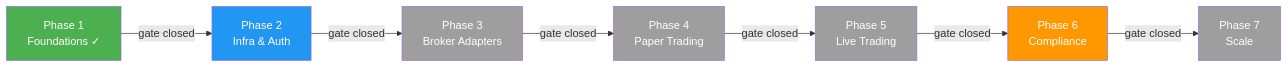
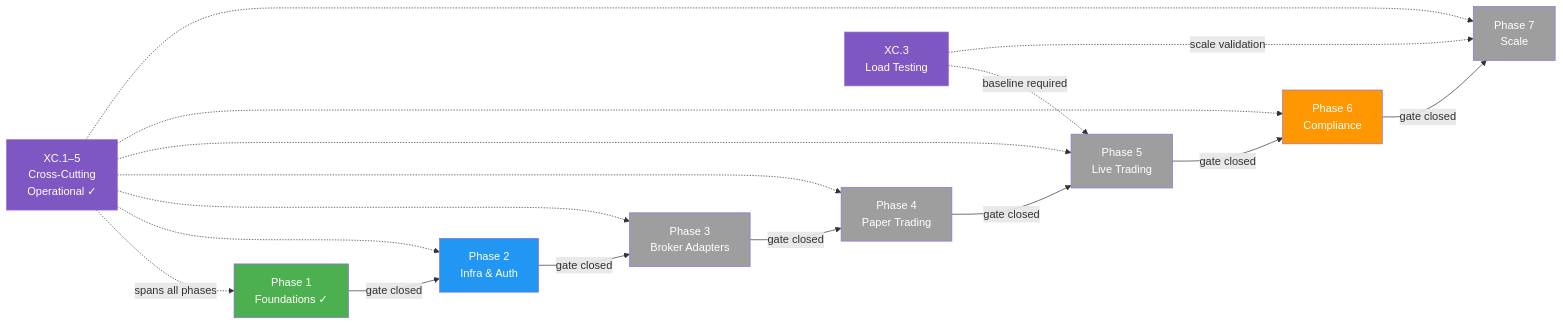
The diagram in STRATEGY.md (SevFle/nexus-trade-engine), drawn with Mermaid before and after one commit. The commit also changed other lines of this file, not shown here.

````diff
--- a/STRATEGY.md
+++ b/STRATEGY.md
@@ -33,17 +59,30 @@
 ```mermaid
 flowchart LR
     P1["Phase 1<br/>Foundations ✓"] -->|gate closed| P2["Phase 2<br/>Infra & Auth"]
     P2 -->|gate closed| P3["Phase 3<br/>Broker Adapters"]
     P3 -->|gate closed| P4["Phase 4<br/>Paper Trading"]
     P4 -->|gate closed| P5["Phase 5<br/>Live Trading"]
     P5 -->|gate closed| P6["Phase 6<br/>Compliance"]
     P6 -->|gate closed| P7["Phase 7<br/>Scale"]
 
+    XC["XC.1–5<br/>Cross-Cutting<br/>Operational ✓"] -.->|spans all phases| P1
+    XC -.-> P2
+    XC -.-> P3
+    XC -.-> P4
+    XC -.-> P5
+    XC -.-> P6
+    XC -.-> P7
+
+    LT["XC.3<br/>Load Testing"] -.->|baseline required| P5
+    LT -.->|scale validation| P7
+
     style P1 fill:#4caf50,color:#fff
     style P2 fill:#2196f3,color:#fff
     style P3 fill:#9e9e9e,color:#fff
     style P4 fill:#9e9e9e,color:#fff
     style P5 fill:#9e9e9e,color:#fff
     style P6 fill:#ff9800,color:#fff
     style P7 fill:#9e9e9e,color:#fff
+    style XC fill:#7e57c2,color:#fff
+    style LT fill:#7e57c2,color:#fff
 ```
````
